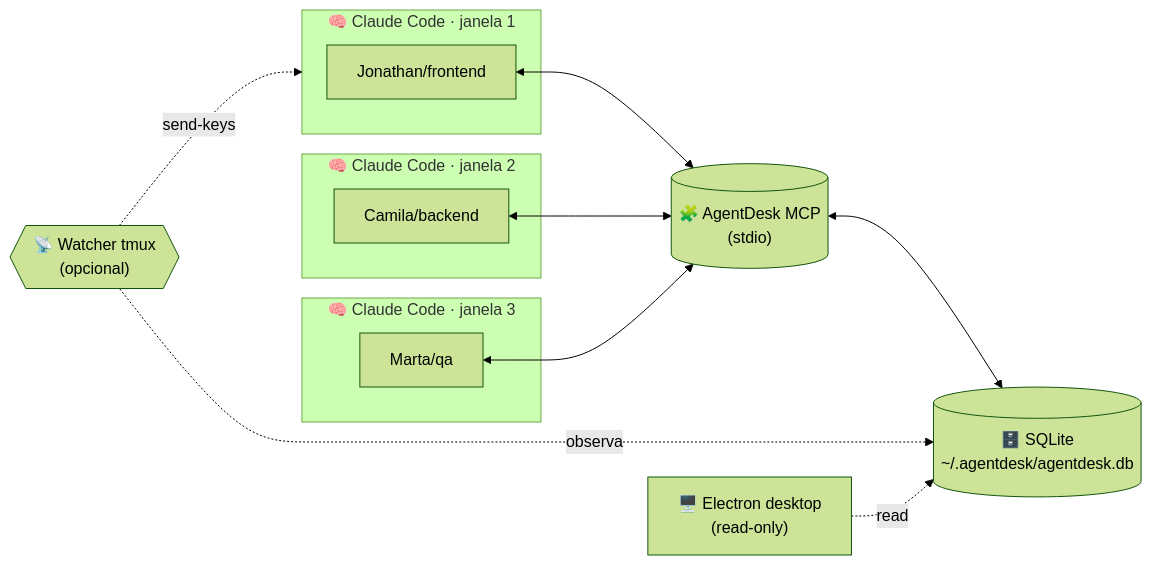
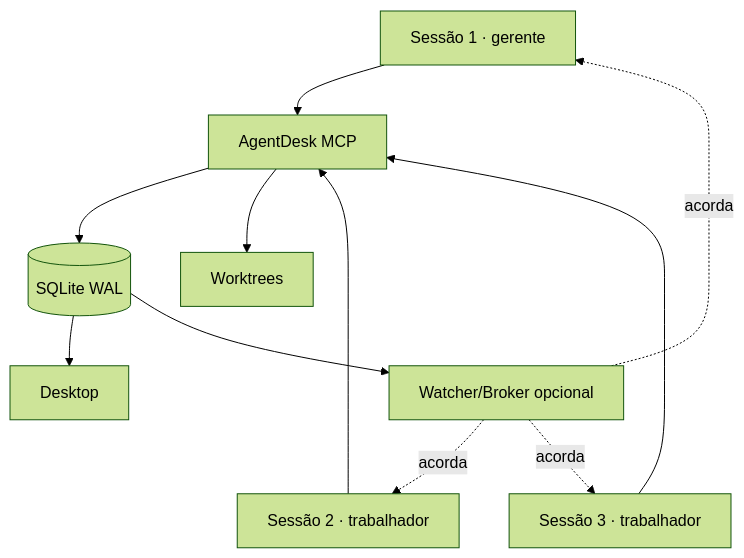
One commit to eddchdev/agentdesk changed the second of 2 diagrams in README.md. Above: the diagram before and after it, drawn with Mermaid (forest theme). The commit also changed other lines of this file and 34 other files, not shown here.

First line of the commit message:
chore: registra o estado atual do AgentDesk antes das correcoes de time grande

````diff
--- a/README.md
+++ b/README.md
@@ -114,25 +314,13 @@
 ```mermaid
-flowchart LR
-    subgraph Claude1["🧠 Claude Code · janela 1"]
-        A1[Jonathan/frontend]
-    end
-    subgraph Claude2["🧠 Claude Code · janela 2"]
-        A2[Camila/backend]
-    end
-    subgraph Claude3["🧠 Claude Code · janela 3"]
-        A3[Marta/qa]
-    end
-
-    MCP[("🧩 AgentDesk MCP<br/>(stdio)")]
-    DB[("🗄️ SQLite<br/>~/.agentdesk/agentdesk.db")]
-    Watcher{{"📡 Watcher tmux<br/>(opcional)"}}
-    Desktop["🖥️ Electron desktop<br/>(read-only)"]
-
-    A1 <--> MCP
-    A2 <--> MCP
-    A3 <--> MCP
-    MCP <--> DB
-    Watcher -.observa.-> DB
-    Watcher -.send-keys.-> Claude1
-    Desktop -.read.-> DB
+graph TB
+    C1["Sessão 1 · gerente"] --> MCP["AgentDesk MCP"]
+    C2["Sessão 2 · trabalhador"] --> MCP
+    C3["Sessão 3 · trabalhador"] --> MCP
+    MCP --> DB[("SQLite WAL")]
+    MCP --> WT["Worktrees"]
+    DB --> D["Desktop"]
+    DB --> W["Watcher/Broker opcional"]
+    W -. acorda .-> C1
+    W -. acorda .-> C2
+    W -. acorda .-> C3
 ```
````
